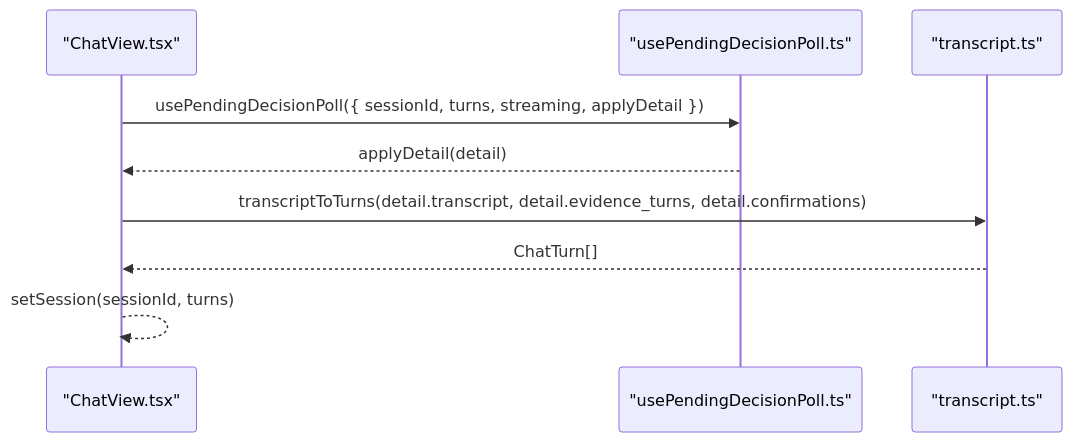
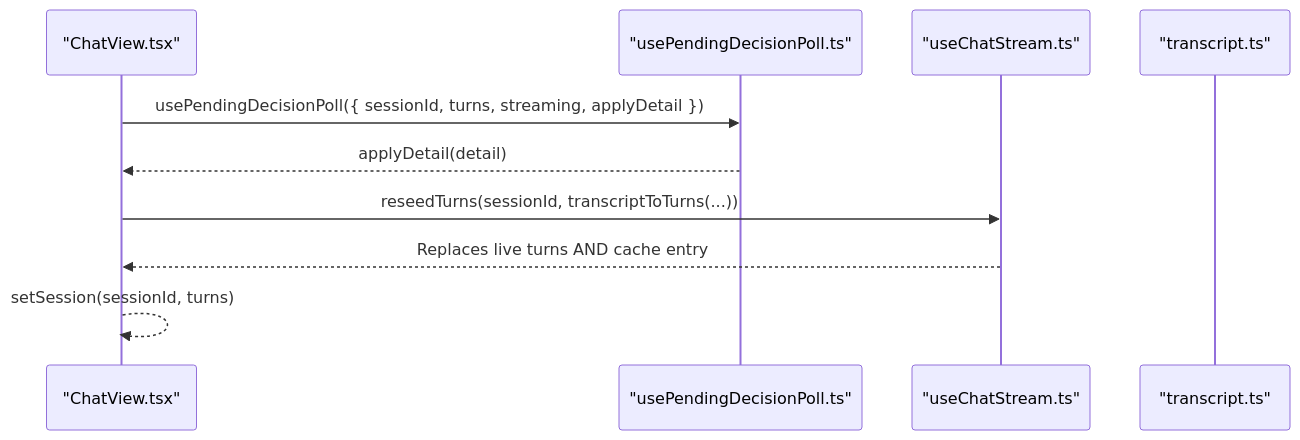
One commit to metasync/luban-aiops changed the fourth of 5 diagrams in .qoder/repowiki/en/content/Architecture Documentation/SPEC-032_ Owner-Side Live Decision Sync.md. Above: the diagram before and after it, drawn with Mermaid. The commit also changed other lines of this file and 27 other files, not shown here.

````diff
--- a/.qoder/repowiki/en/content/Architecture Documentation/SPEC-032_ Owner-Side Live Decision Sync.md
+++ b/.qoder/repowiki/en/content/Architecture Documentation/SPEC-032_ Owner-Side Live Decision Sync.md
@@ -163,11 +222,12 @@
 ```mermaid
 sequenceDiagram
 participant CV as "ChatView.tsx"
 participant Hook as "usePendingDecisionPoll.ts"
+participant Stream as "useChatStream.ts"
 participant Trans as "transcript.ts"
 CV->>Hook : usePendingDecisionPoll({ sessionId, turns, streaming, applyDetail })
 Hook-->>CV : applyDetail(detail)
-CV->>Trans : transcriptToTurns(detail.transcript, detail.evidence_turns, detail.confirmations)
-Trans-->>CV : ChatTurn[]
+CV->>Stream : reseedTurns(sessionId, transcriptToTurns(...))
+Stream-->>CV : Replaces live turns AND cache entry
 CV-->>CV : setSession(sessionId, turns)
 ```
````
